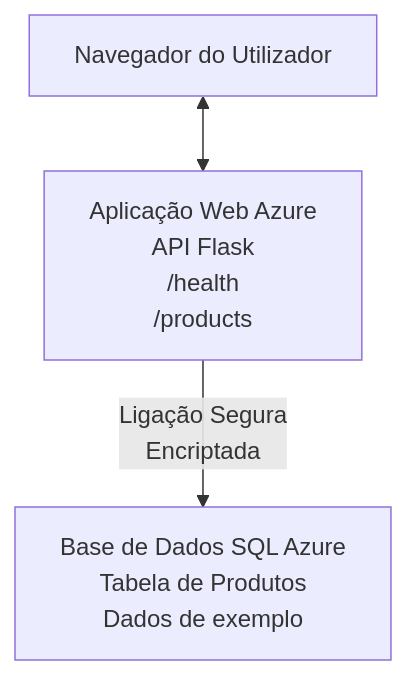
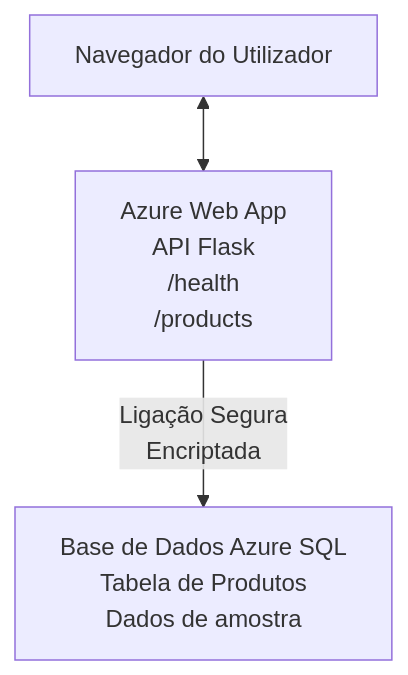
One commit to microsoft/AZD-for-beginners changed the diagram in translations/pt-PT/examples/database-app/README.md. Above: the diagram before and after it, drawn with Mermaid. The commit also changed other lines of this file and 104 other files, not shown here.

````diff
--- a/translations/pt-PT/examples/database-app/README.md
+++ b/translations/pt-PT/examples/database-app/README.md
@@ -72,5 +72,5 @@
 ```mermaid
 graph TD
-    Browser[Navegador do Utilizador] <--> WebApp[Aplicação Web Azure<br/>API Flask<br/>/health<br/>/products]
-    WebApp -- Ligação Segura<br/>Encriptada --> SQL[Base de Dados SQL Azure<br/>Tabela de Produtos<br/>Dados de exemplo]
+    Browser[Navegador do Utilizador] <--> WebApp[Azure Web App<br/>API Flask<br/>/health<br/>/products]
+    WebApp -- Ligação Segura<br/>Encriptada --> SQL[Base de Dados Azure SQL<br/>Tabela de Produtos<br/>Dados de amostra]
 ```
````
